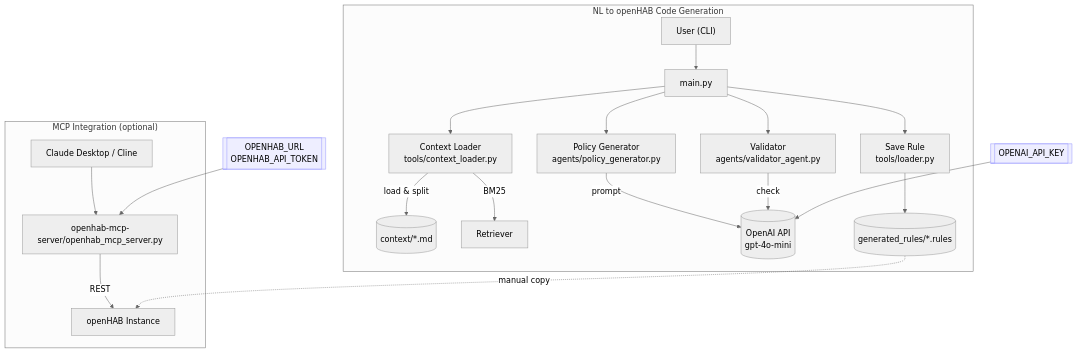
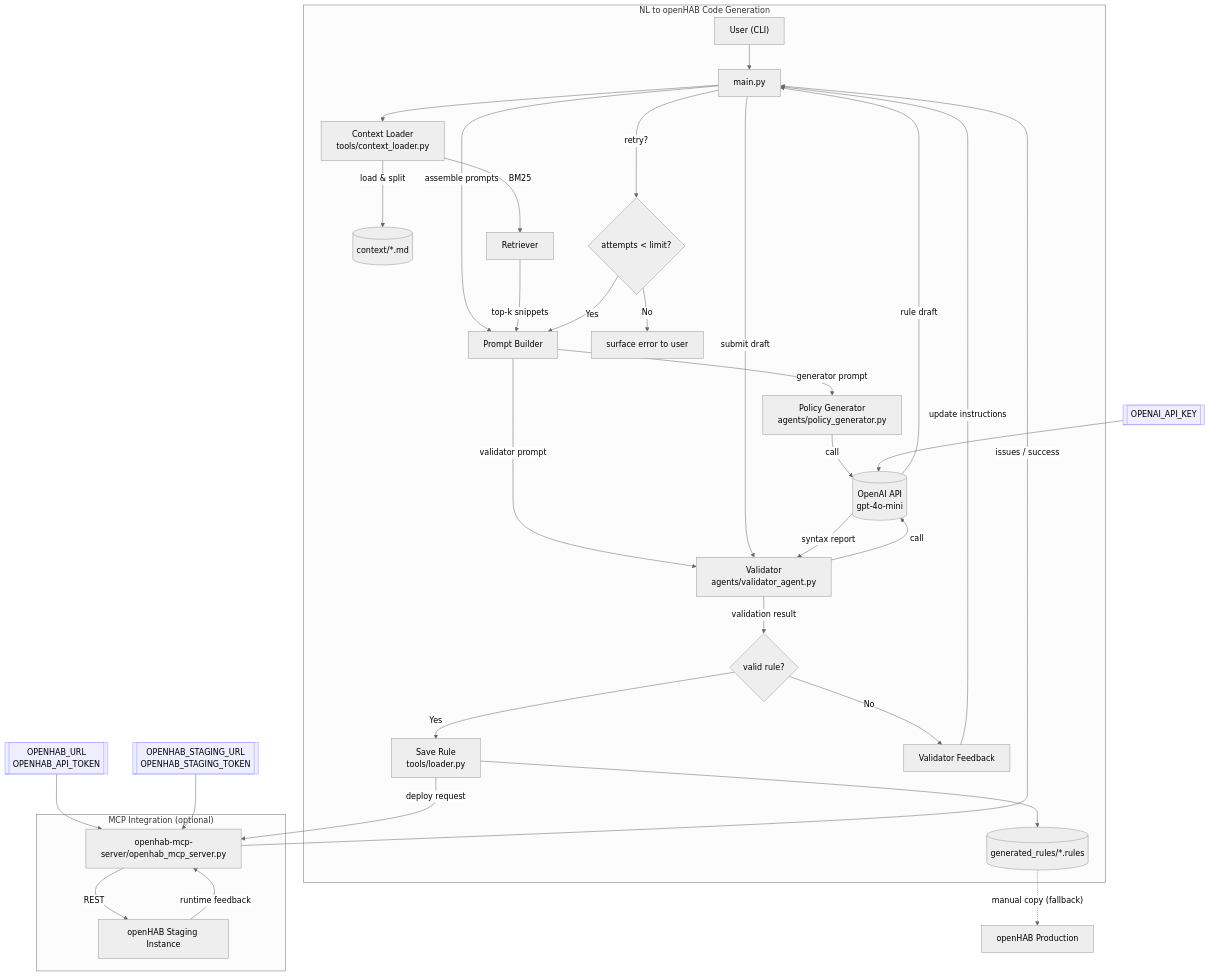
One commit to cresset-lab/AgentHAB changed the diagram in ARCHITECTURE.md. Above: the diagram before and after it, drawn with Mermaid (neutral theme).

Commit message:
update architecture diagram

````diff
--- a/ARCHITECTURE.md
+++ b/ARCHITECTURE.md
@@ -5,30 +5,44 @@
 ```mermaid
 flowchart TD
-  %% Natural language to openHAB code generation
+  %% Natural language to openHAB code generation with retrieval feedback loop
   subgraph A["NL to openHAB Code Generation"]
     U["User (CLI)"] --> M["main.py"]
     M --> C["Context Loader<br/>tools/context_loader.py"]
     C -->|"load & split"| D[("context/*.md")]
     C -->|"BM25"| R["Retriever"]
-    M --> G["Policy Generator<br/>agents/policy_generator.py"]
-    G -->|"prompt"| OA[("OpenAI API<br/>gpt-4o-mini")]
-    M --> V["Validator<br/>agents/validator_agent.py"]
-    V -->|"check"| OA
-    M --> S["Save Rule<br/>tools/loader.py"]
+    M -->|"assemble prompts"| PB["Prompt Builder"]
+    R -->|"top-k snippets"| PB
+    PB -->|"generator prompt"| G["Policy Generator<br/>agents/policy_generator.py"]
+    G -->|"call"| OA[("OpenAI API<br/>gpt-4o-mini")]
+    OA -->|"rule draft"| M
+    PB -->|"validator prompt"| V["Validator<br/>agents/validator_agent.py"]
+    M -->|"submit draft"| V
+    V -->|"call"| OA
+    OA -->|"syntax report"| V
+    V -->|"validation result"| RES{"valid rule?"}
+    RES -->|Yes| S["Save Rule<br/>tools/loader.py"]
     S --> F[("generated_rules/*.rules")]
+    RES -->|No| FB["Validator Feedback"]
+    FB -->|"update instructions"| M
+    M -->|"retry?"| Guard{"attempts < limit?"}
+    Guard -->|Yes| PB
+    Guard -->|No| Abort["surface error to user"]
   end
 
   %% MCP integration to control a live openHAB
   subgraph B["MCP Integration (optional)"]
-    Asst["Claude Desktop / Cline"] --> Srv["openhab-mcp-server/openhab_mcp_server.py"]
-    Srv -->|"REST"| OH["openHAB Instance"]
+    S -->|"deploy request"| Srv["openhab-mcp-server/openhab_mcp_server.py"]
+    Srv -->|"REST"| OHStg["openHAB Staging Instance"]
+    OHStg -->|"runtime feedback"| Srv
+    Srv -->|"issues / success"| M
   end
 
-  %% Deploy rule into openHAB (manual step today)
-  F -. "manual copy" .-> OH
+  %% Deploy rule into openHAB (manual or production)
+  F -. "manual copy (fallback)" .-> OHProd["openHAB Production"]
 
   %% Environment variables
   classDef env fill:#eef,stroke:#99f,stroke-width:1px,color:#000
   E1[["OPENAI_API_KEY"]]:::env --> OA
   E2[["OPENHAB_URL<br/>OPENHAB_API_TOKEN"]]:::env --> Srv
+  E3[["OPENHAB_STAGING_URL<br/>OPENHAB_STAGING_TOKEN"]]:::env --> Srv
 ```
````
